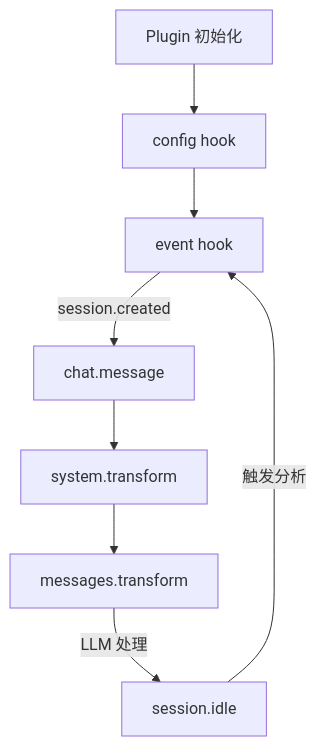
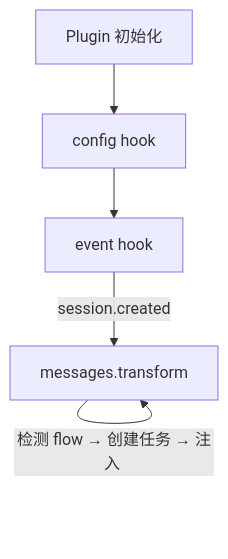
One commit to hank-cp/opencode-vibe-pm changed the second of 2 diagrams in docs/spec/vibe-pm-plugin-core.md. Above: the diagram before and after it, drawn with Mermaid. The commit also changed other lines of this file and 3 other files, not shown here.

First line of the commit message:
docs(spec): 根据 plugin.ts / flow-engine.ts 重构同步更新 Spec 文档

````diff
--- a/docs/spec/vibe-pm-plugin-core.md
+++ b/docs/spec/vibe-pm-plugin-core.md
@@ -111,18 +111,12 @@
 ```mermaid
 graph TD
     Init["Plugin 初始化"]
     Event["event hook"]
     Config["config hook"]
-    ChatMsg["chat.message"]
-    SysTransform["system.transform"]
     MsgTransform["messages.transform"]
-    Idle["session.idle"]
 
     Init --> Config
     Config --> Event
-    Event -->|"session.created"| ChatMsg
-    ChatMsg --> SysTransform
-    SysTransform --> MsgTransform
-    MsgTransform -->|"LLM 处理"| Idle
-    Idle -->|"触发分析"| Event
+    Event -->|"session.created"| MsgTransform
+    MsgTransform -->|"检测 flow → 创建任务 → 注入 <pm-control-rules>"| MsgTransform
 ```
````
